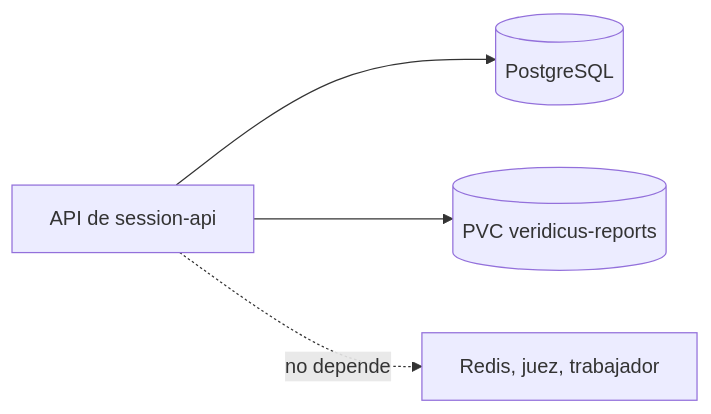
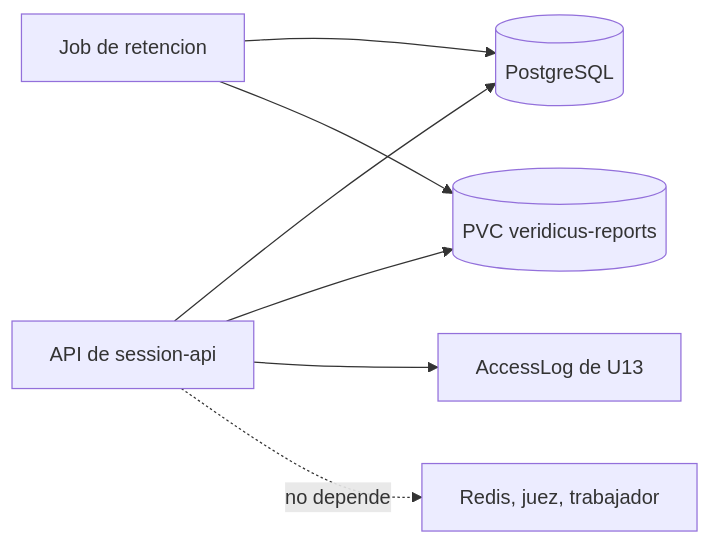
The diagram in aidlc/spaces/default/intents/261002-veridicus-mvp/construction/forensic-report/nfr-design/logical-components.md (freyesJaveriana/tai), drawn with Mermaid before and after one commit. The commit also changed other lines of this file and 11 other files, not shown here.

````diff
--- a/aidlc/spaces/default/intents/261002-veridicus-mvp/construction/forensic-report/nfr-design/logical-components.md
+++ b/aidlc/spaces/default/intents/261002-veridicus-mvp/construction/forensic-report/nfr-design/logical-components.md
@@ -31,6 +47,9 @@
 ```mermaid
 flowchart LR
   API[API de session-api] --> PG[(PostgreSQL)]
   API --> VOL[(PVC veridicus-reports)]
+  API --> AL[AccessLog de U13]
+  JOB[Job de retencion] --> PG
+  JOB --> VOL
   API -. no depende .-> RED[Redis, juez, trabajador]
 ```
````
